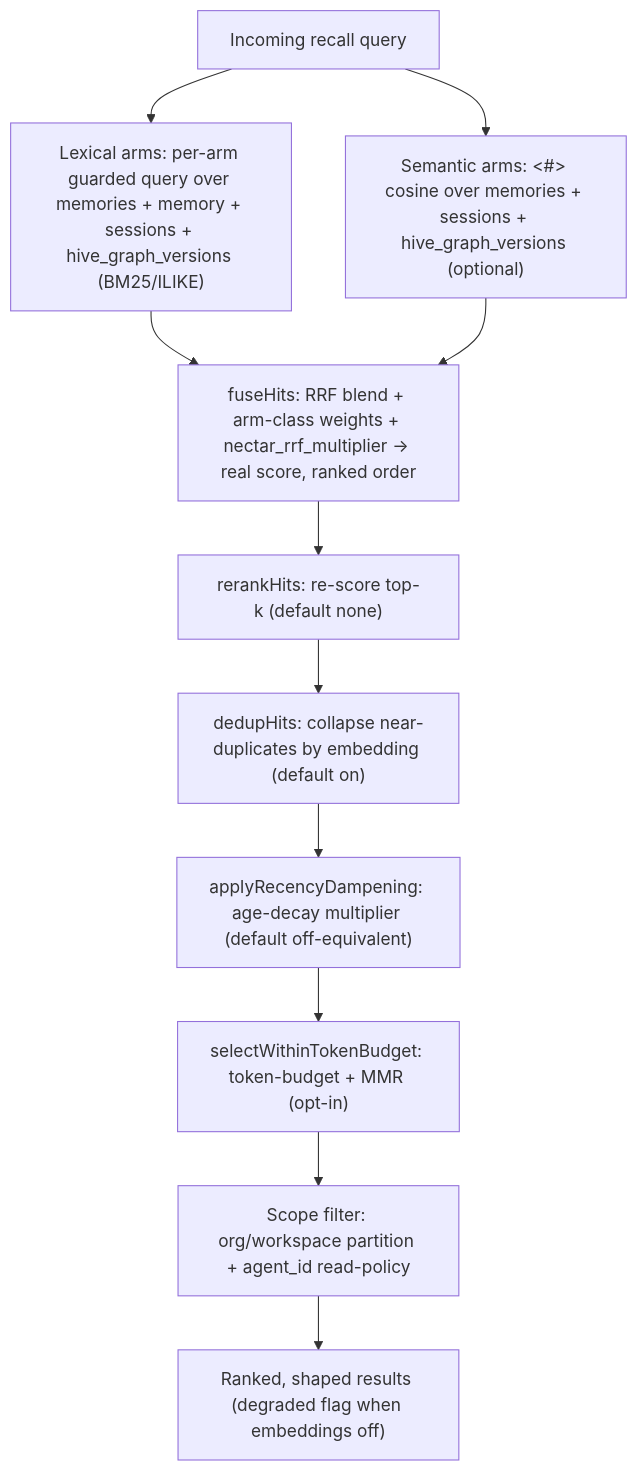
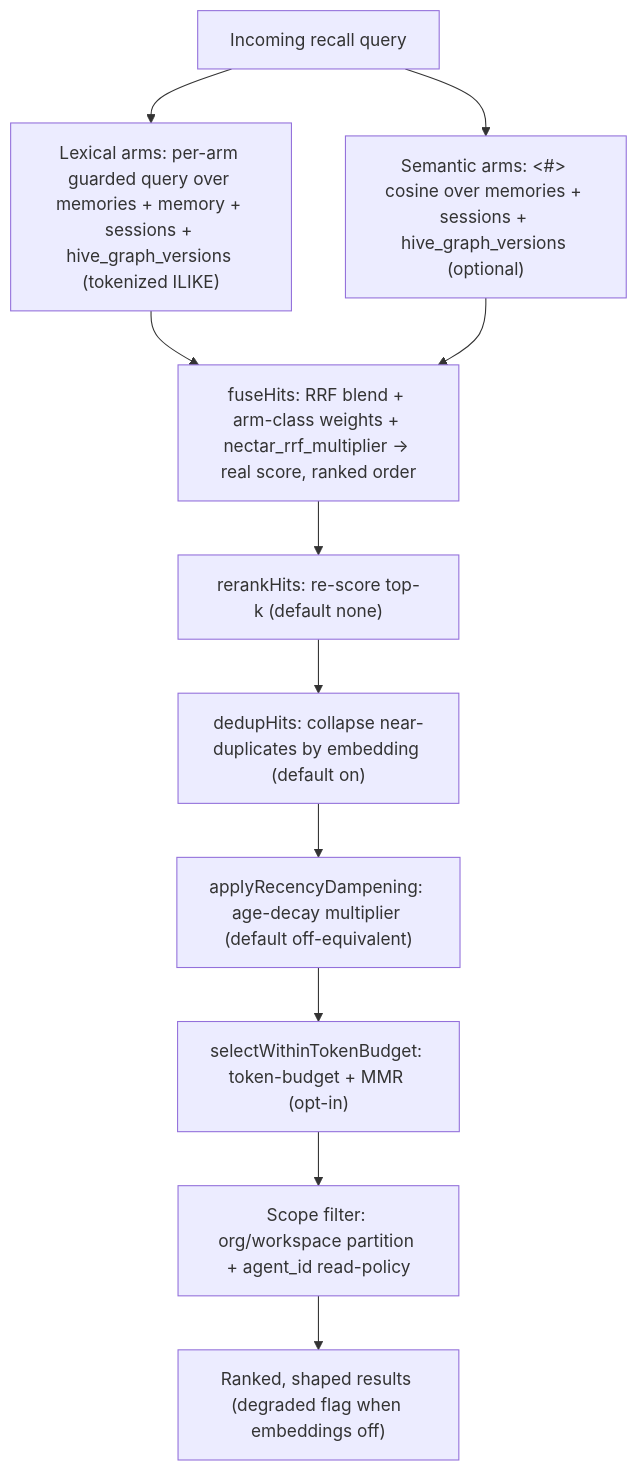
One commit to legioncodeinc/honeycomb changed the diagram in library/knowledge/private/ai/retrieval.md. Above: the diagram before and after it, drawn with Mermaid. The commit also changed other lines of this file and 60 other files, not shown here.

````diff
--- a/library/knowledge/private/ai/retrieval.md
+++ b/library/knowledge/private/ai/retrieval.md
@@ -29,13 +29,13 @@
 ```mermaid
 flowchart TD
     query["Incoming recall query"] --> lexical
     query --> semantic
-    lexical["Lexical arms: per-arm guarded query over memories + memory + sessions + hive_graph_versions (BM25/ILIKE)"] --> fuse
+    lexical["Lexical arms: per-arm guarded query over memories + memory + sessions + hive_graph_versions (tokenized ILIKE)"] --> fuse
     semantic["Semantic arms: &lt;#&gt; cosine over memories + sessions + hive_graph_versions (optional)"] --> fuse
     fuse["fuseHits: RRF blend + arm-class weights + nectar_rrf_multiplier → real score, ranked order"] --> rerank
     rerank["rerankHits: re-score top-k (default none)"] --> dedup
     dedup["dedupHits: collapse near-duplicates by embedding (default on)"] --> recency
     recency["applyRecencyDampening: age-decay multiplier (default off-equivalent)"] --> assemble
     assemble["selectWithinTokenBudget: token-budget + MMR (opt-in)"] --> scope
     scope["Scope filter: org/workspace partition + agent_id read-policy"] --> out["Ranked, shaped results (degraded flag when embeddings off)"]
 ```
````
